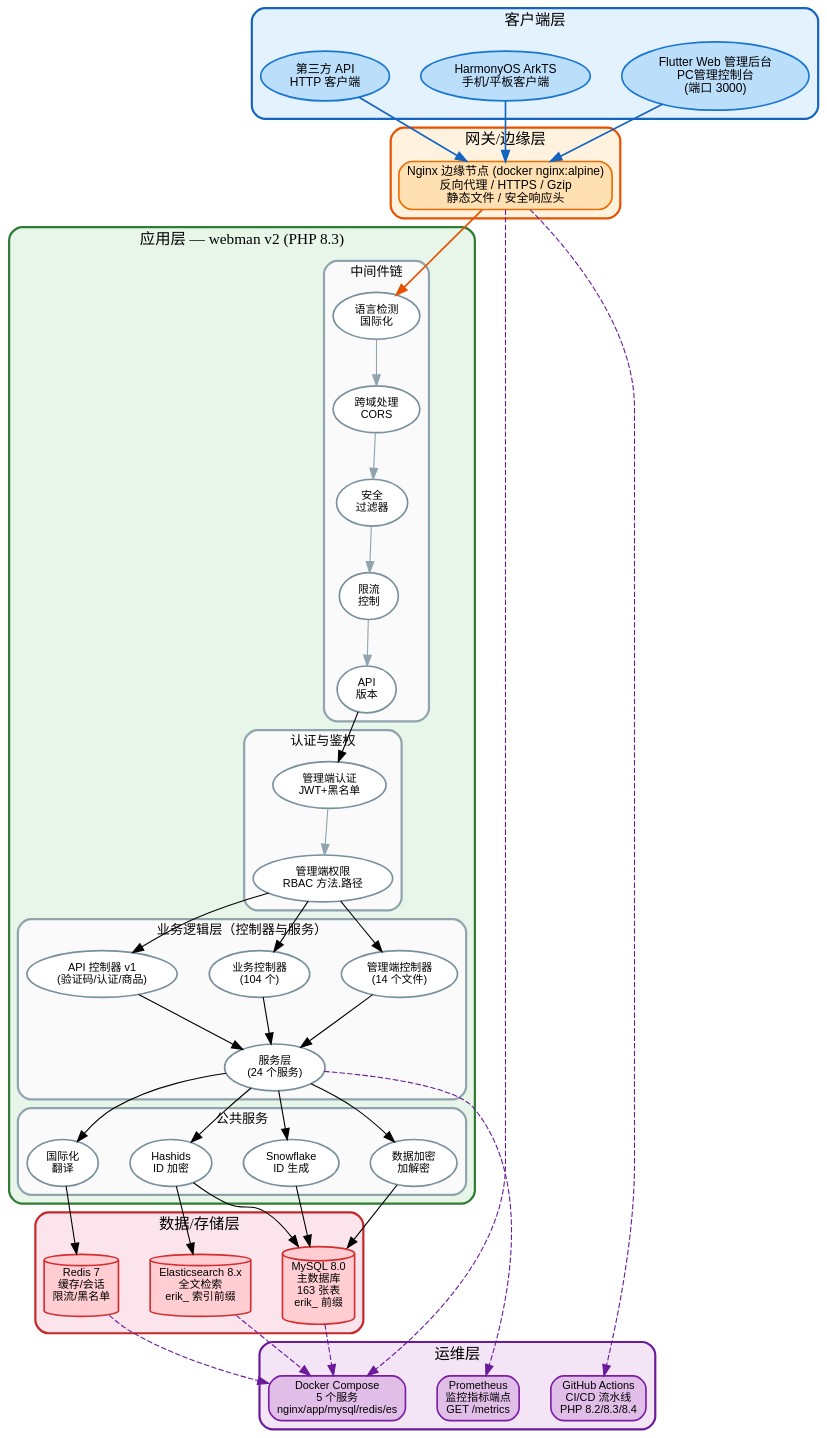
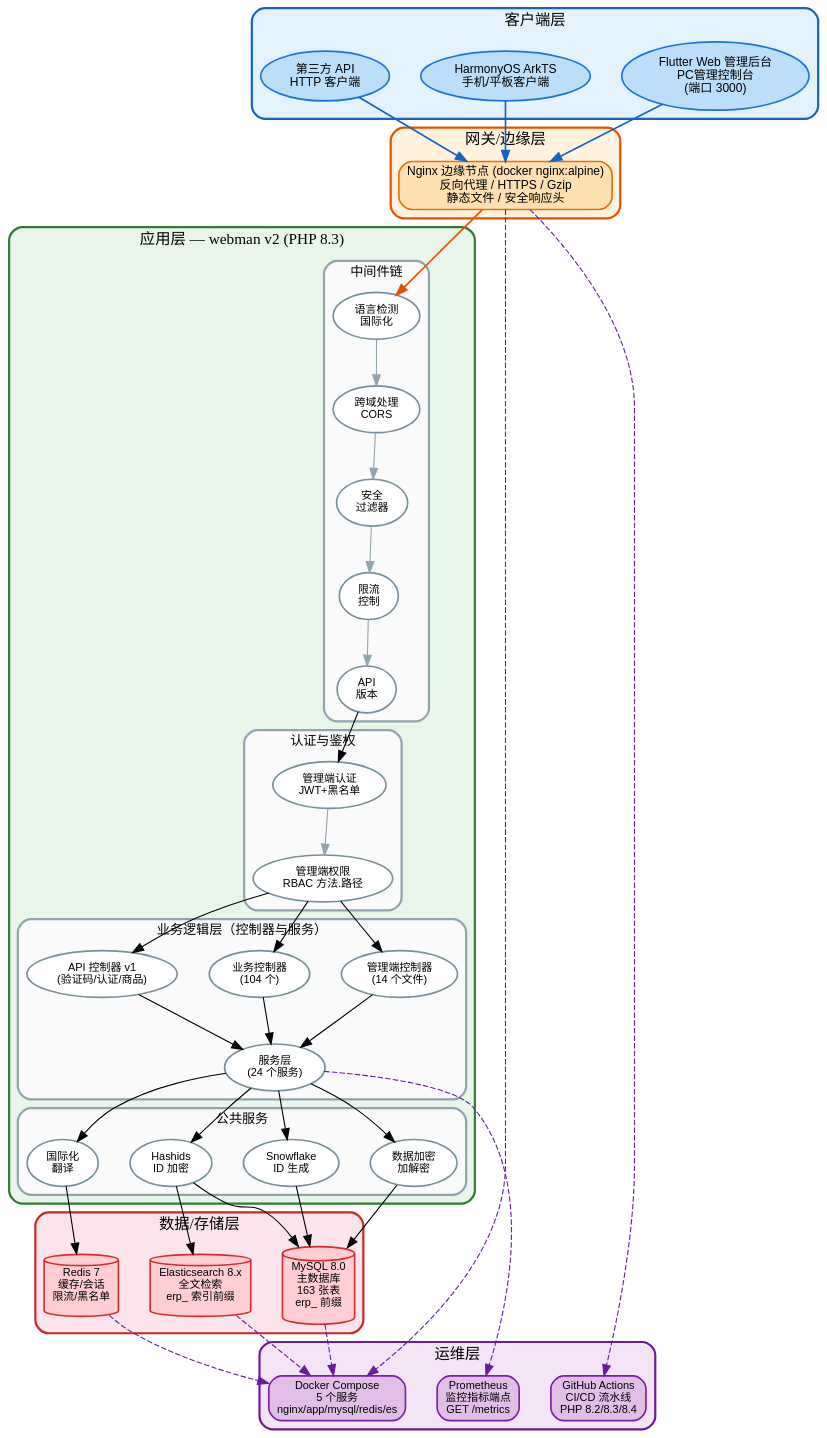
The diagram in docs/diagrams/system-architecture-cn.dot (erikwang2013/erp-php), drawn with Graphviz before and after one commit. The commit also changed 449 other files, not shown here.

```diff
--- a/docs/diagrams/system-architecture-cn.dot
+++ b/docs/diagrams/system-architecture-cn.dot
@@ -1,104 +1,104 @@
 digraph SystemArchitectureCN {
     rankdir=TB;
     fontname="Arial";
     fontsize=14;
     bgcolor="transparent";
     nodesep=0.4;
     ranksep=0.6;
     compound=true;
 
     node [fontname="Arial", fontsize=11, style="filled,rounded", penwidth=1.5];
 
     subgraph cluster_client {
         label="客户端层";
         fontsize=14; fontname="Arial Bold";
         style="filled,rounded"; fillcolor="#e3f2fd"; color="#1565c0"; penwidth=2;
         a1 [label="Flutter Web 管理后台\nPC管理控制台\n(端口 3000)", fillcolor="#bbdefb", color="#1976d2"];
         a2 [label="HarmonyOS ArkTS\n手机/平板客户端", fillcolor="#bbdefb", color="#1976d2"];
         a3 [label="第三方 API\nHTTP 客户端", fillcolor="#bbdefb", color="#1976d2"];
     }
 
     subgraph cluster_edge {
         label="网关/边缘层";
         fontsize=14; fontname="Arial Bold";
         style="filled,rounded"; fillcolor="#fff3e0"; color="#e65100"; penwidth=2;
         b1 [label="Nginx 边缘节点 (docker nginx:alpine)\n反向代理 / HTTPS / Gzip\n静态文件 / 安全响应头", fillcolor="#ffe0b2", color="#ef6c00", shape="box"];
     }
 
     subgraph cluster_app {
         label="应用层 — webman v2 (PHP 8.3)";
         fontsize=14; fontname="Arial Bold";
         style="filled,rounded"; fillcolor="#e8f5e9"; color="#2e7d32"; penwidth=2;
 
         subgraph cluster_mw {
             label="中间件链";
             fontsize=12; fontname="Arial Bold";
             style="filled,rounded"; fillcolor="#fafafa"; color="#90a4ae";
             node [fillcolor="#ffffff", color="#78909c", fontsize=10];
             m1 [label="语言检测\n国际化"]; m2 [label="跨域处理\nCORS"]; m3 [label="安全\n过滤器"]; m4 [label="限流\n控制"]; m5 [label="API\n版本"];
             m1 -> m2 -> m3 -> m4 -> m5 [color="#90a4ae"];
         }
 
         subgraph cluster_auth {
             label="认证与鉴权";
             fontsize=12; fontname="Arial Bold";
             style="filled,rounded"; fillcolor="#fafafa"; color="#90a4ae";
             node [fillcolor="#ffffff", color="#78909c", fontsize=10];
             m6 [label="管理端认证\nJWT+黑名单"]; m7 [label="管理端权限\nRBAC 方法.路径"];
             m6 -> m7 [color="#90a4ae"];
         }
 
         subgraph cluster_biz {
             label="业务逻辑层（控制器与服务）";
             fontsize=12; fontname="Arial Bold";
             style="filled,rounded"; fillcolor="#fafafa"; color="#90a4ae";
             node [fillcolor="#ffffff", color="#78909c", fontsize=10];
             c1 [label="管理端控制器\n(14 个文件)"]; c2 [label="业务控制器\n(104 个)"]; c3 [label="服务层\n(24 个服务)"]; c4 [label="API 控制器 v1\n(验证码/认证/商品)"];
         }
 
         subgraph cluster_common {
             label="公共服务";
             fontsize=12; fontname="Arial Bold";
             style="filled,rounded"; fillcolor="#fafafa"; color="#90a4ae";
             node [fillcolor="#ffffff", color="#78909c", fontsize=10];
             s1 [label="Hashids\nID 加密"]; s2 [label="Snowflake\nID 生成"]; s3 [label="数据加密\n加解密"]; s4 [label="国际化\n翻译"];
         }
 
         m5 -> m6; m7 -> c1; m7 -> c2; m7 -> c4;
         c1 -> c3; c2 -> c3; c4 -> c3;
         c3 -> s1; c3 -> s2; c3 -> s3; c3 -> s4;
     }
 
     subgraph cluster_data {
         label="数据/存储层";
         fontsize=14; fontname="Arial Bold";
         style="filled,rounded"; fillcolor="#fce4ec"; color="#c62828"; penwidth=2;
         node [shape="cylinder", fillcolor="#ffcdd2", color="#d32f2f", fontsize=10];
-        d1 [label="MySQL 8.0\n主数据库\n163 张表\nerik_ 前缀"];
+        d1 [label="MySQL 8.0\n主数据库\n163 张表\nerp_ 前缀"];
         d2 [label="Redis 7\n缓存/会话\n限流/黑名单"];
-        d3 [label="Elasticsearch 8.x\n全文检索\nerik_ 索引前缀"];
+        d3 [label="Elasticsearch 8.x\n全文检索\nerp_ 索引前缀"];
     }
 
     subgraph cluster_devops {
         label="运维层";
         fontsize=14; fontname="Arial Bold";
         style="filled,rounded"; fillcolor="#f3e5f5"; color="#6a1b9a"; penwidth=2;
         node [shape="box", fillcolor="#e1bee7", color="#7b1fa2", fontsize=10];
         e1 [label="GitHub Actions\nCI/CD 流水线\nPHP 8.2/8.3/8.4"];
         e2 [label="Docker Compose\n5 个服务\nnginx/app/mysql/redis/es"];
         e3 [label="Prometheus\n监控指标端点\nGET /metrics"];
     }
 
     a1 -> b1 [color="#1565c0", penwidth=1.5];
     a2 -> b1 [color="#1565c0", penwidth=1.5];
     a3 -> b1 [color="#1565c0", penwidth=1.5];
     b1 -> m1 [color="#e65100", penwidth=1.5];
     s1 -> d1; s2 -> d1; s3 -> d1; s1 -> d3;
     s4 -> d2;
     b1 -> e1 [style="dashed", color="#6a1b9a"];
     b1 -> e2 [style="dashed", color="#6a1b9a"];
     c3 -> e3 [style="dashed", color="#6a1b9a"];
     d1 -> e2 [style="dashed", color="#6a1b9a"];
     d2 -> e2 [style="dashed", color="#6a1b9a"];
     d3 -> e2 [style="dashed", color="#6a1b9a"];
 }
```
